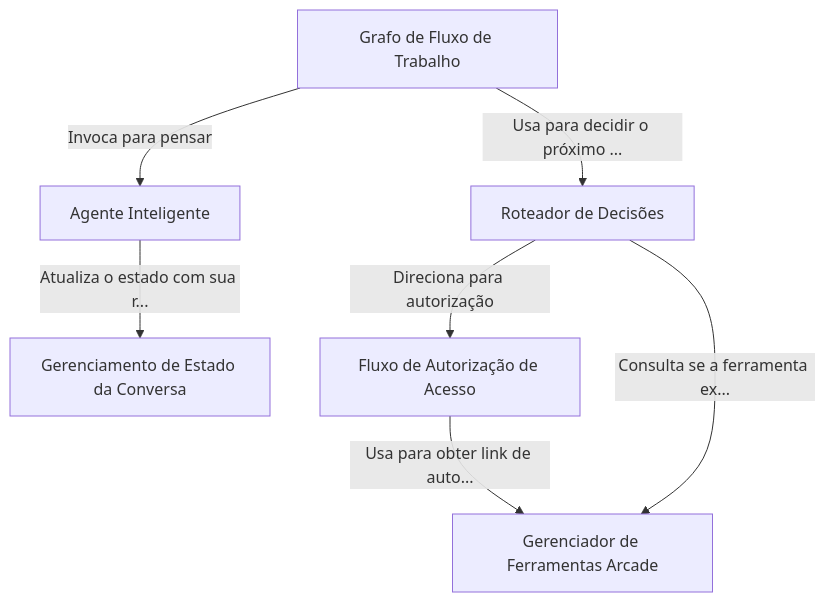
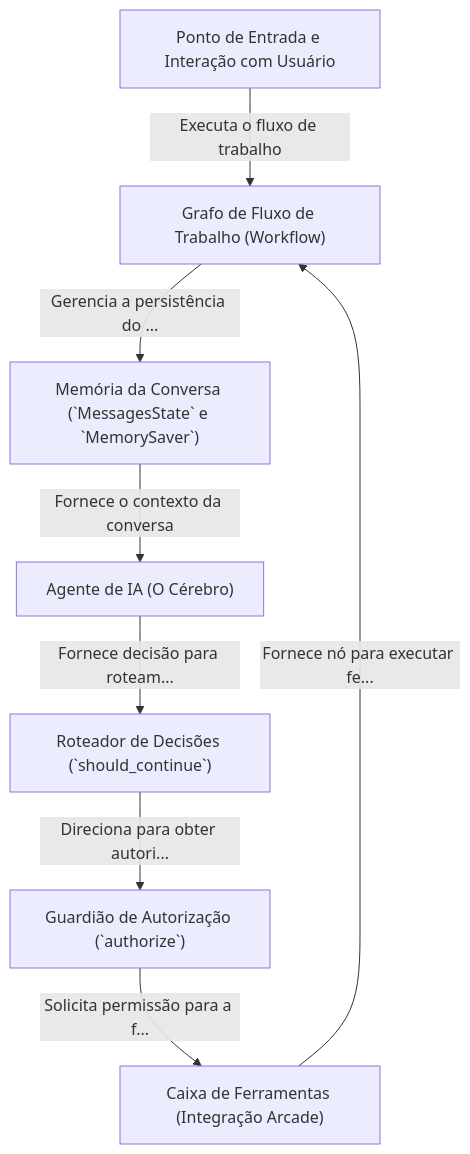
Before and after one commit to gabriel-silveira/chatbot-with-tools-and-auth: the diagram in README.md, drawn with Mermaid. The commit also changed other lines of this file and 14 other files, not shown here.

````diff
--- a/README.md
+++ b/README.md
@@ -8,21 +8,24 @@
 ```mermaid
 flowchart TD
-    A0["Grafo de Fluxo de Trabalho
+    A0["Grafo de Fluxo de Trabalho (Workflow)
 "]
-    A1["Agente Inteligente
+    A1["Agente de IA (O Cérebro)
 "]
-    A2["Gerenciador de Ferramentas Arcade
+    A2["Caixa de Ferramentas (Integração Arcade)
 "]
-    A3["Fluxo de Autorização de Acesso
+    A3["Roteador de Decisões (`should_continue`)
 "]
-    A4["Roteador de Decisões
+    A4["Guardião de Autorização (`authorize`)
 "]
-    A5["Gerenciamento de Estado da Conversa
+    A5["Memória da Conversa (`MessagesState` e `MemorySaver`)
 "]
-    A0 -- "Invoca para pensar" --> A1
-    A0 -- "Usa para decidir o próximo ..." --> A4
-    A1 -- "Atualiza o estado com sua r..." --> A5
-    A4 -- "Direciona para autorização" --> A3
-    A4 -- "Consulta se a ferramenta ex..." --> A2
-    A3 -- "Usa para obter link de auto..." --> A2
+    A6["Ponto de Entrada e Interação com Usuário
+"]
+    A6 -- "Executa o fluxo de trabalho" --> A0
+    A0 -- "Gerencia a persistência do ..." --> A5
+    A5 -- "Fornece o contexto da conversa" --> A1
+    A1 -- "Fornece decisão para roteam..." --> A3
+    A3 -- "Direciona para obter autori..." --> A4
+    A4 -- "Solicita permissão para a f..." --> A2
+    A2 -- "Fornece nó para executar fe..." --> A0
 ```
````
